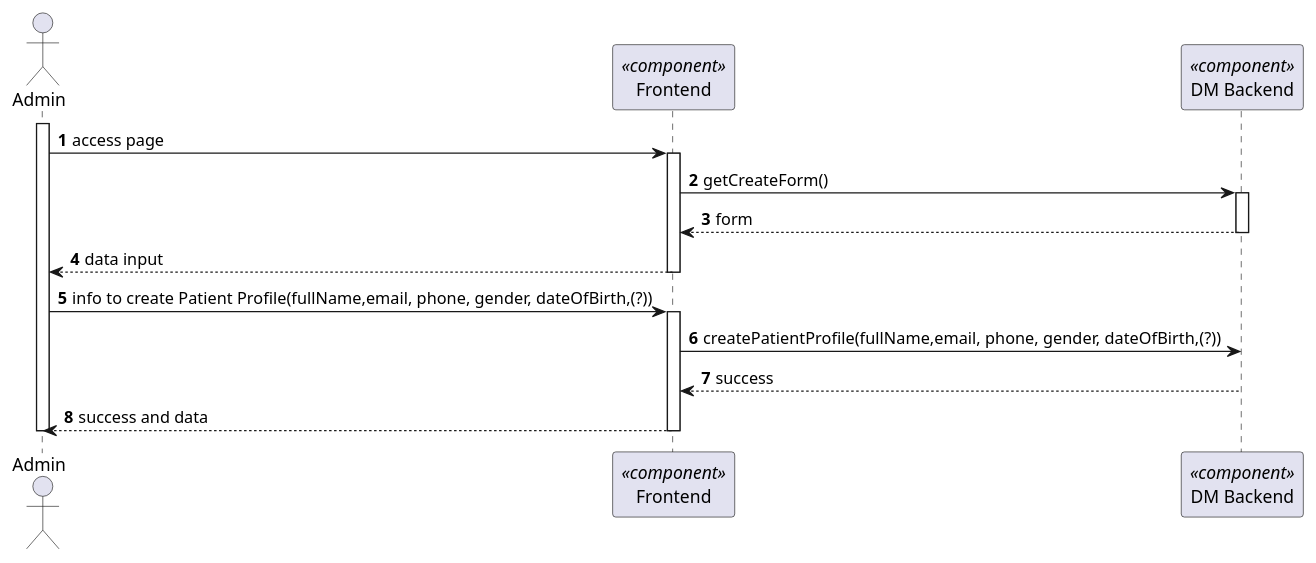
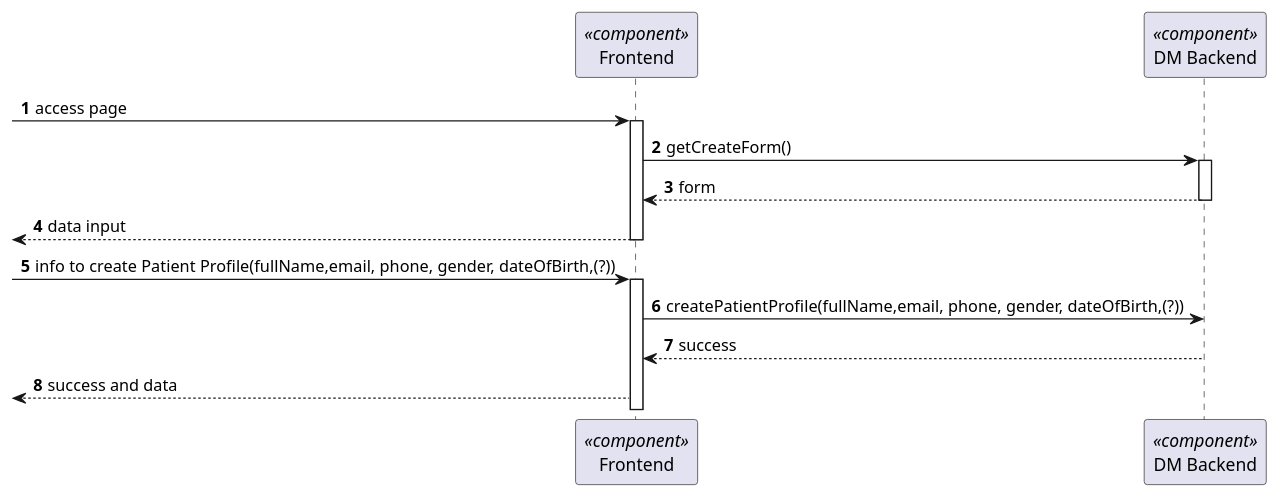
The diagram in docs/BackofficeModule/5.1.8/sequence-diagram-2.puml (Ana-Miguel-Silva/SurgicalAppointmentAndResourceManagement), drawn with PlantUML before and after one commit. The commit also changed 6 other files, not shown here.

Commit message:
#8 Update of the sequence diagrams and the readme of US5.1.8

```diff
--- a/docs/BackofficeModule/5.1.8/sequence-diagram-2.puml
+++ b/docs/BackofficeModule/5.1.8/sequence-diagram-2.puml
@@ -1,32 +1,28 @@
 @startuml 5.1.8
 skinparam packageStyle rectangle
 skinparam shadowing false
 
 autonumber
 
-actor "Admin" as AD
 participant "Frontend" as FE <<component>>
 participant "DM Backend" as BE <<component>>
 
 
 
-activate AD
-AD -> FE: access page
+ -> FE: access page
 activate FE
 FE -> BE: getCreateForm()
 activate BE
 BE --> FE: form
 deactivate BE
-FE --> AD : data input
+<-- FE   : data input
 deactivate FE
-AD -> FE : info to create Patient Profile(fullName,email, phone, gender, dateOfBirth,(?))
+-> FE : info to create Patient Profile(fullName,email, phone, gender, dateOfBirth,(?))
 activate FE
 FE -> BE : createPatientProfile(fullName,email, phone, gender, dateOfBirth,(?))
 BE --> FE: success
 deactivate BE
-FE --> AD : success and data
-deactivate FE
-deactivate AD
+<-- FE   : success and data
 
 
 @enduml
```
